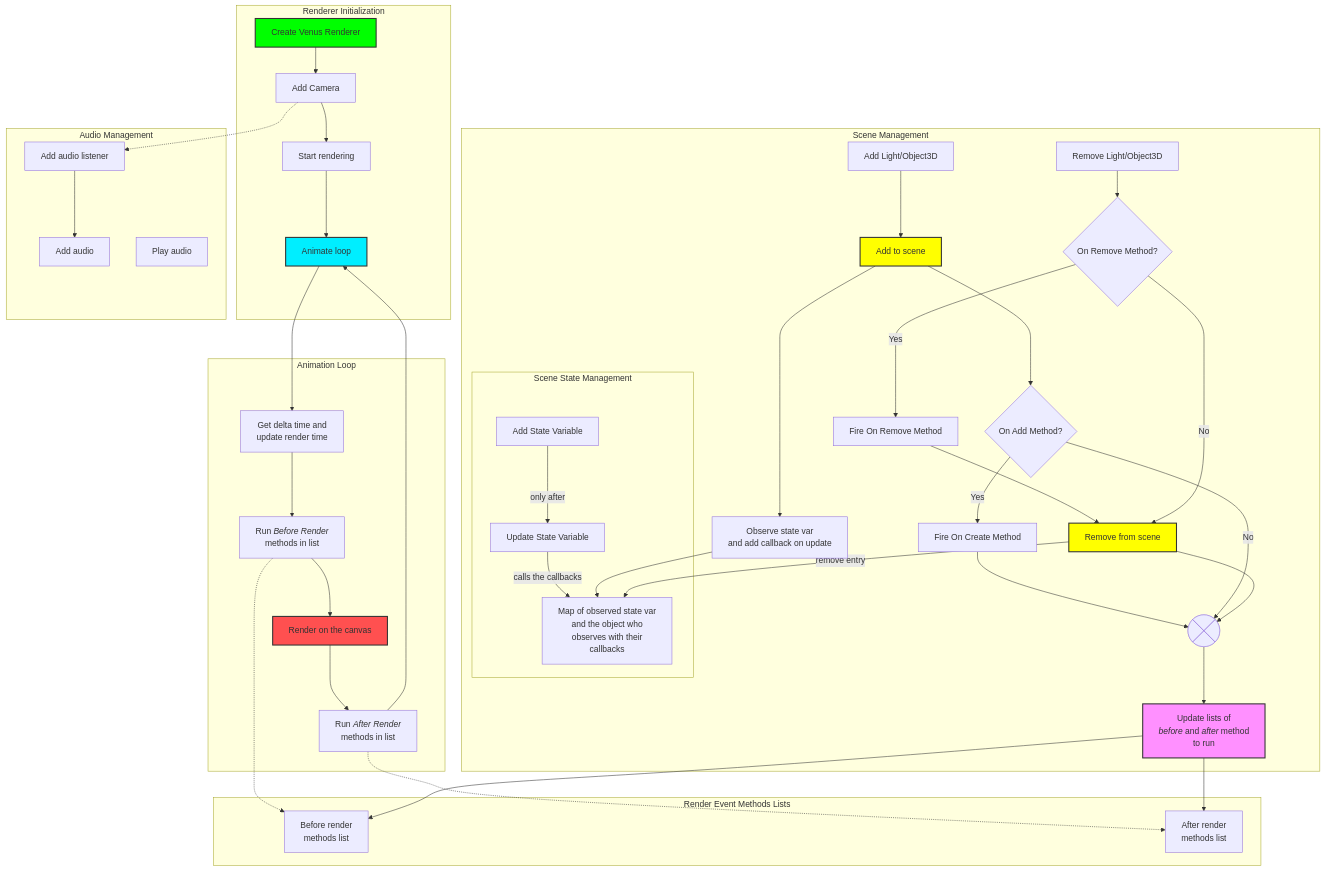
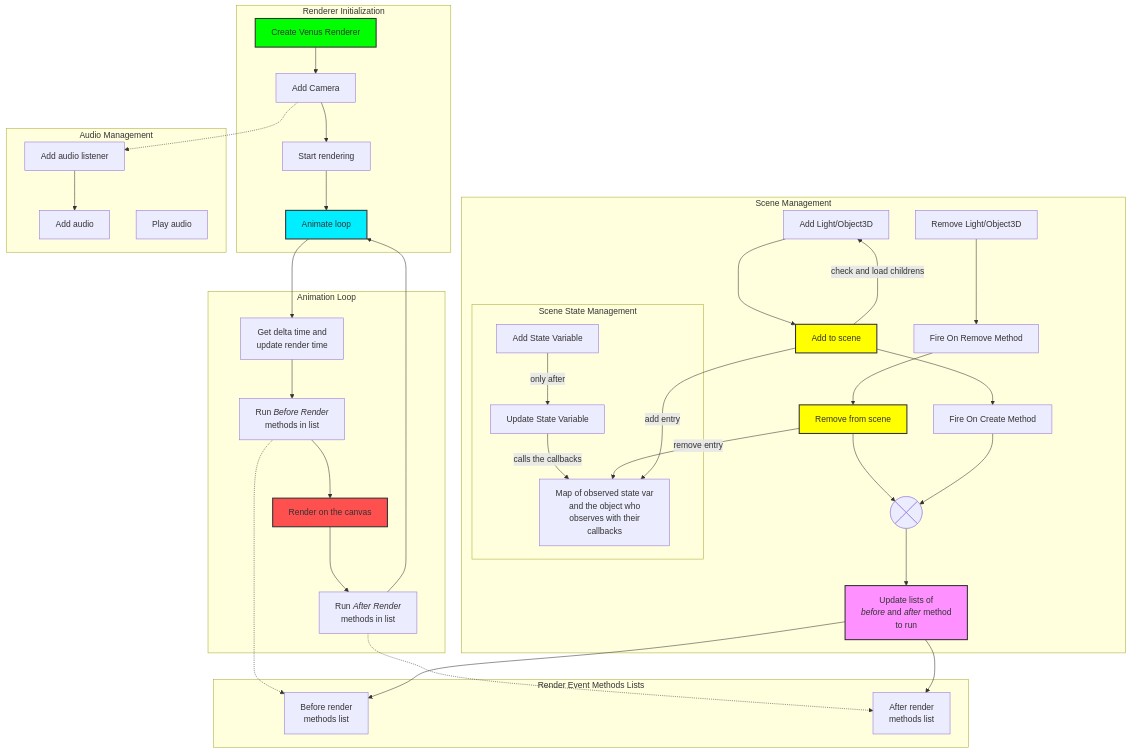
Before and after one commit to Dexaf/venus: the diagram in README.md, drawn with Mermaid. The commit also changed 1 other file, not shown here.

```diff
--- a/README.md
+++ b/README.md
@@ -25,26 +25,21 @@
 
     AddEntity[Add Light/Object3D]
     AddToScene[Add to scene]
-    AddObservCallback[Observe state var <br/>and add callback on update]
-    HasOnAddMethod{On Add Method?}
     TriggerOnAdd[Fire On Create Method]
     RemoveEntity[Remove Light/Object3D]
     RemoveFromScene[Remove from scene]
-    HasOnRemoveMethod{On Remove Method?}
     TriggerOnRemove[Fire On Remove Method]
     UpdateEventMethods[Update lists of <br/><i>before</i> and <i>after</i> method<br/> to run]
     Summary@{ shape: cross-circ, label: "Summary" }
 
-    AddEntity --> AddToScene --> HasOnAddMethod
-    AddToScene --> AddObservCallback --> StateObserverMap
-    HasOnAddMethod -- Yes --> TriggerOnAdd --> Summary
-    HasOnAddMethod -- No --> Summary
-
-    RemoveEntity --> HasOnRemoveMethod
-    HasOnRemoveMethod -- Yes --> TriggerOnRemove --> RemoveFromScene --> Summary
-    HasOnRemoveMethod -- No --> RemoveFromScene
+    RemoveEntity --> TriggerOnRemove --> RemoveFromScene --> Summary
     RemoveFromScene -- remove entry --> StateObserverMap
     Summary --> UpdateEventMethods
+
+    AddEntity --> AddToScene --> TriggerOnAdd --> Summary
+    AddToScene -- add entry --> StateObserverMap
+
+    AddToScene -- check and load childrens --> AddEntity
   end
 
   %% EventMethod Lists
```
